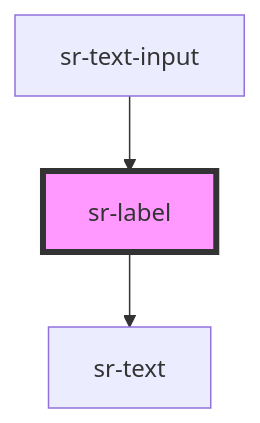
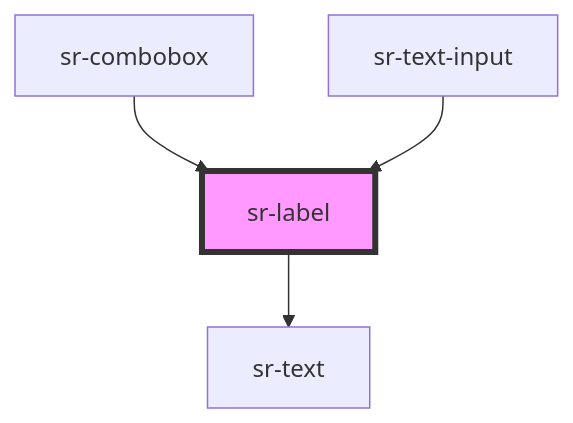
Before and after one commit to tonyblu331/spotify-replay-design-system: the diagram in src/components/form/sr-label/readme.md, drawn with Mermaid. The commit also changed other lines of this file and 7 other files, not shown here.

````diff
--- a/src/components/form/sr-label/readme.md
+++ b/src/components/form/sr-label/readme.md
@@ -30,6 +31,7 @@
 ```mermaid
 graph TD;
   sr-label --> sr-text
+  sr-combobox --> sr-label
   sr-text-input --> sr-label
   style sr-label fill:#f9f,stroke:#333,stroke-width:4px
 ```
````
